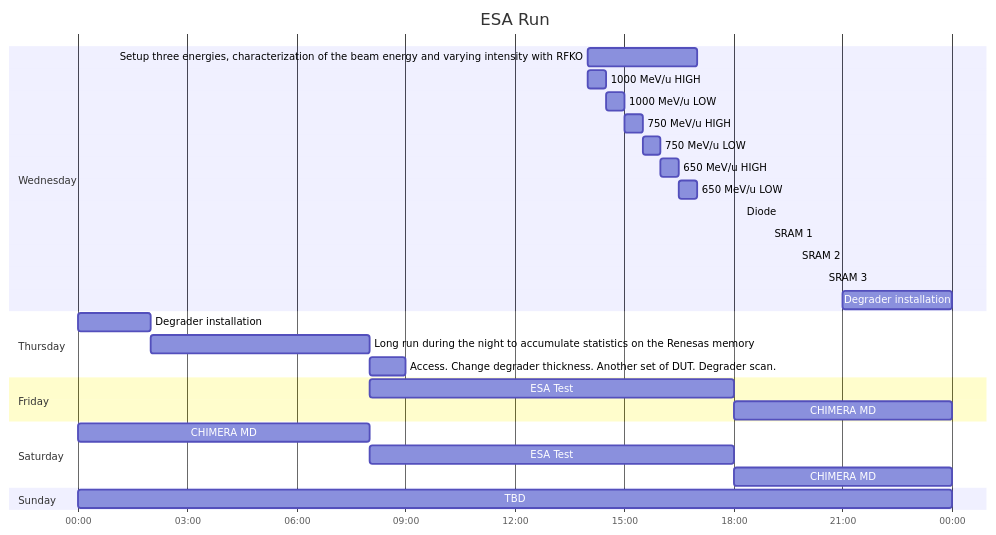
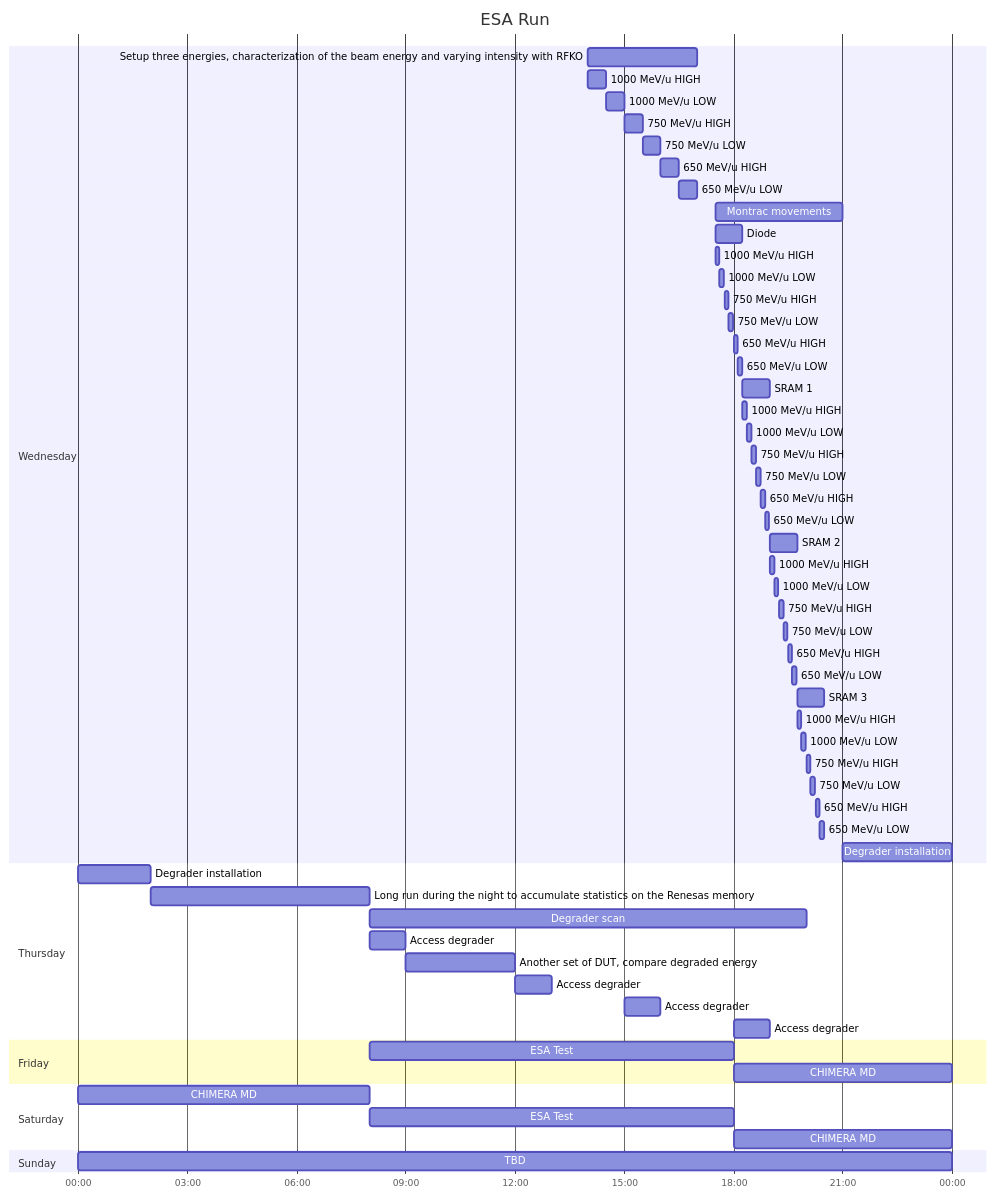
One commit to eliottjohnson/Obsidian-Vault changed the diagram in Fellowship/CHIMERA/ESA Ion Run 2022.md. Above: the diagram before and after it, drawn with Mermaid.

Commit message:
PC vault backup: 2022-11-18 13:10:18
Affected files:
Fellowship/CHIMERA/ESA Ion Run 2022.md

````diff
--- a/Fellowship/CHIMERA/ESA Ion Run 2022.md
+++ b/Fellowship/CHIMERA/ESA Ion Run 2022.md
@@ -107,4 +102,4 @@
-``` mermaid
+```mermaid
 gantt
 
     title ESA Run
@@ -133,15 +128,72 @@
 
   
 
-%%    Montrac movements: 17-30, 210m
+    Montrac movements: 17-30, 210m
 
-    Diode: 18-15, 45min
+  
 
-    SRAM 1: 19-00, 45min
+    Diode: 17-30, 45m
 
-    SRAM 2: 19-45, 45min
+    1000 MeV/u HIGH: 17-30, 7m
 
-    SRAM 3: 20-30, 45min
+    1000 MeV/u LOW: 17-37, 7m
+
+    750 MeV/u HIGH: 17-45, 7m
+
+    750 MeV/u LOW: 17-52, 7m
+
+    650 MeV/u HIGH: 18-00, 7m
+
+    650 MeV/u LOW: 18-07, 7m
+
+  
+  
+
+    SRAM 1: 18-15, 45m
+
+    1000 MeV/u HIGH: 18-15, 7m
+
+    1000 MeV/u LOW: 18-22, 7m
+
+    750 MeV/u HIGH: 18-30, 7m
+
+    750 MeV/u LOW: 18-37, 7m
+
+    650 MeV/u HIGH: 18-45, 7m
+
+    650 MeV/u LOW: 18-52, 7m
+
+  
+
+    SRAM 2: 19-00, 45m
+
+    1000 MeV/u HIGH: 19-00, 7m
+
+    1000 MeV/u LOW: 19-07, 7m
+
+    750 MeV/u HIGH: 19-15, 7m
+
+    750 MeV/u LOW: 19-22, 7m
+
+    650 MeV/u HIGH: 19-30, 7m
+
+    650 MeV/u LOW: 19-37, 7m
+
+  
+
+    SRAM 3: 19-45, 45m
+
+    1000 MeV/u HIGH: 19-45, 7m
+
+    1000 MeV/u LOW: 19-52, 7m
+
+    750 MeV/u HIGH: 20-00, 7m
+
+    750 MeV/u LOW: 20-07, 7m
+
+    650 MeV/u HIGH: 20-15, 7m
+
+    650 MeV/u LOW: 20-22, 7m
 
   
 
@@ -159,7 +211,23 @@
 
   
 
-    Access. Change degrader thickness. Another set of DUT. Degrader scan. : 08-00, 1h
+    Degrader scan: 08-00, 12h
+
+    Access degrader: 08-00, 1h
+
+    Another set of DUT, compare degraded energy: 09-00, 3h
+
+  
+
+    Access degrader: 12-00, 1h
+
+  
+
+    Access degrader: 15-00, 1h
+
+  
+
+    Access degrader: 18-00, 1h
 
   
 
````
